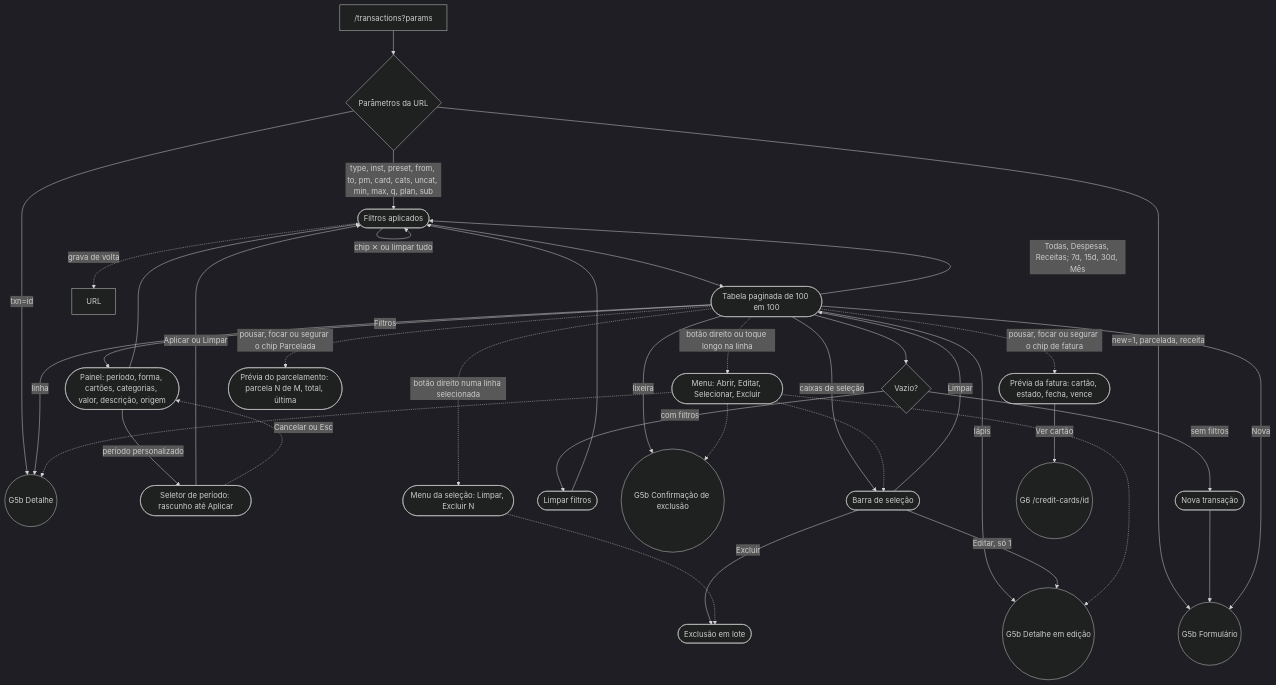
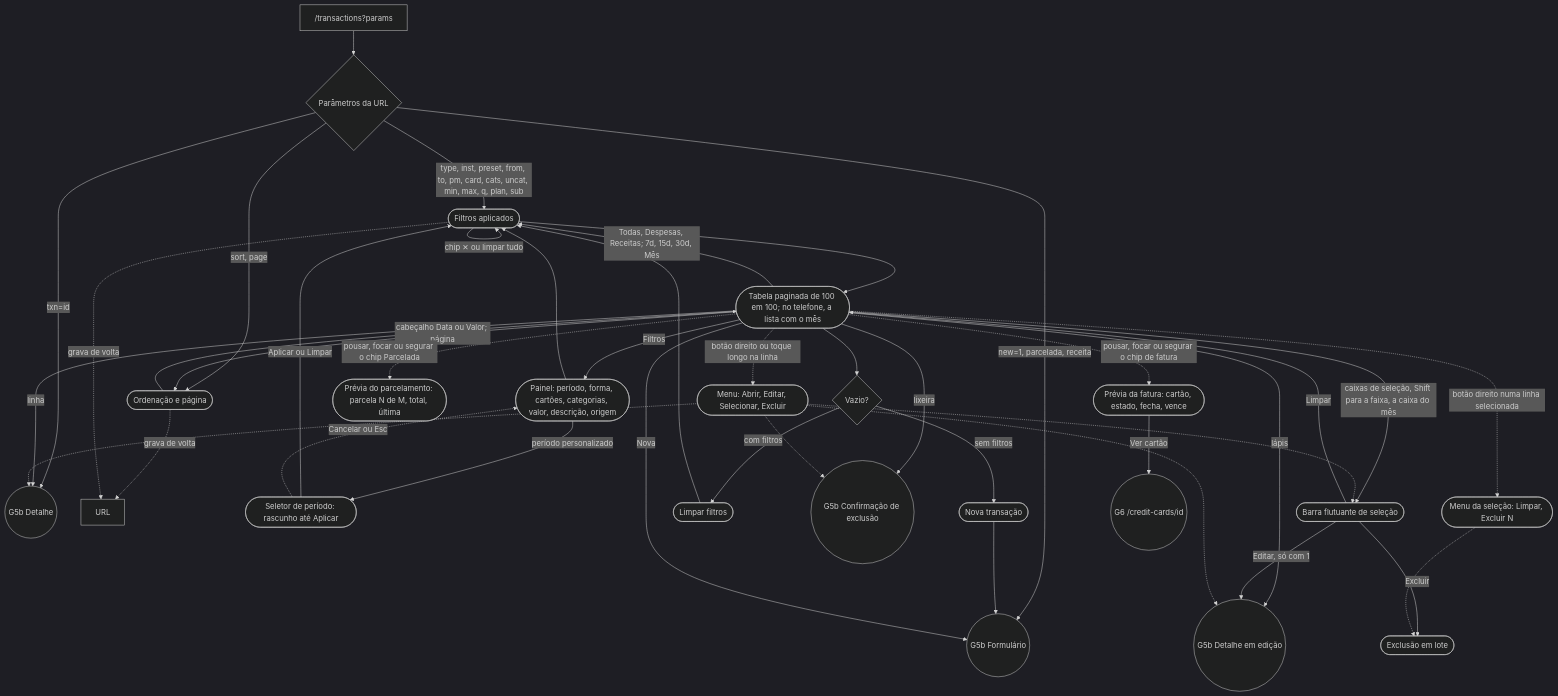
The eighth of 14 diagrams in docs/JORNADAS.md (kauax2000/finance_app), drawn with Mermaid before and after one commit. The commit also changed other lines of this file and 40 other files, not shown here.

Commit message:
feat(table): redesenho e DataTable — escada de cinco degraus, coluna fixa, grupo com total, detalhe, esqueleto, erro, células prontas, motor da TanStack v9, barra flutuante, facetas, colunas e densidade, gêmeo do telefone, teclado, URL, virtualização, CSV e edição; transações e assinaturas migradas

````diff
--- a/docs/JORNADAS.md
+++ b/docs/JORNADAS.md
@@ -405,40 +405,43 @@
 ```mermaid
 %%{init: {"theme": "dark"}}%%
 flowchart TD
     entry["/transactions?params"] --> parse{"Parâmetros da URL"}
     parse -->|"type, inst, preset, from, to, pm, card, cats, uncat, min, max, q, plan, sub"| filters(["Filtros aplicados"])
+    parse -->|"sort, page"| order(["Ordenação e página"]) --> list
     parse -->|"new=1, parcelada, receita"| form(("G5b Formulário"))
     parse -->|"txn=id"| detail(("G5b Detalhe"))
 
-    filters --> list(["Tabela paginada de 100 em 100"])
+    filters --> list(["Tabela paginada de 100 em 100; no telefone, a lista com o mês"])
+    list -->|"cabeçalho Data ou Valor; página"| order
+    order -.->|"grava de volta"| url
     list -->|"Todas, Despesas, Receitas; 7d, 15d, 30d, Mês"| filters
     list -->|"Filtros"| panel(["Painel: período, forma, cartões, categorias, valor, descrição, origem"]) --> filters
     panel -->|"período personalizado"| rangePick(["Seletor de período: rascunho até Aplicar"])
     rangePick -->|"Aplicar ou Limpar"| filters
     rangePick -.->|"Cancelar ou Esc"| panel
     filters -->|"chip ✕ ou limpar tudo"| filters
     filters -.->|"grava de volta"| url["URL"]
 
     list --> empty{"Vazio?"}
     empty -->|"sem filtros"| newTx(["Nova transação"]) --> form
     empty -->|"com filtros"| clear(["Limpar filtros"]) --> filters
 
     list -->|"Nova"| form
     list -->|"linha"| detail
     list -->|"lápis"| detailEdit(("G5b Detalhe em edição"))
     list -->|"lixeira"| delConfirm(("G5b Confirmação de exclusão"))
-    list -->|"caixas de seleção"| selection(["Barra de seleção"])
-    selection -->|"Editar, só 1"| detailEdit
+    list -->|"caixas de seleção, Shift para a faixa, a caixa do mês"| selection(["Barra flutuante de seleção"])
+    selection -->|"Editar, só com 1"| detailEdit
     selection -->|"Excluir"| bulk(["Exclusão em lote"])
     selection -->|"Limpar"| list
     list -.->|"botão direito ou toque longo na linha"| rowMenu(["Menu: Abrir, Editar, Selecionar, Excluir"])
     rowMenu -.-> detail
     rowMenu -.-> detailEdit
     rowMenu -.-> selection
     rowMenu -.-> delConfirm
     list -.->|"botão direito numa linha selecionada"| selMenu(["Menu da seleção: Limpar, Excluir N"])
     selMenu -.-> bulk
     list -.->|"pousar, focar ou segurar o chip de fatura"| invoicePeek(["Prévia da fatura: cartão, estado, fecha, vence"])
     invoicePeek -->|"Ver cartão"| cardPage(("G6 /credit-cards/id"))
     list -.->|"pousar, focar ou segurar o chip Parcelada"| planPeek(["Prévia do parcelamento: parcela N de M, total, última"])
 ```
````
